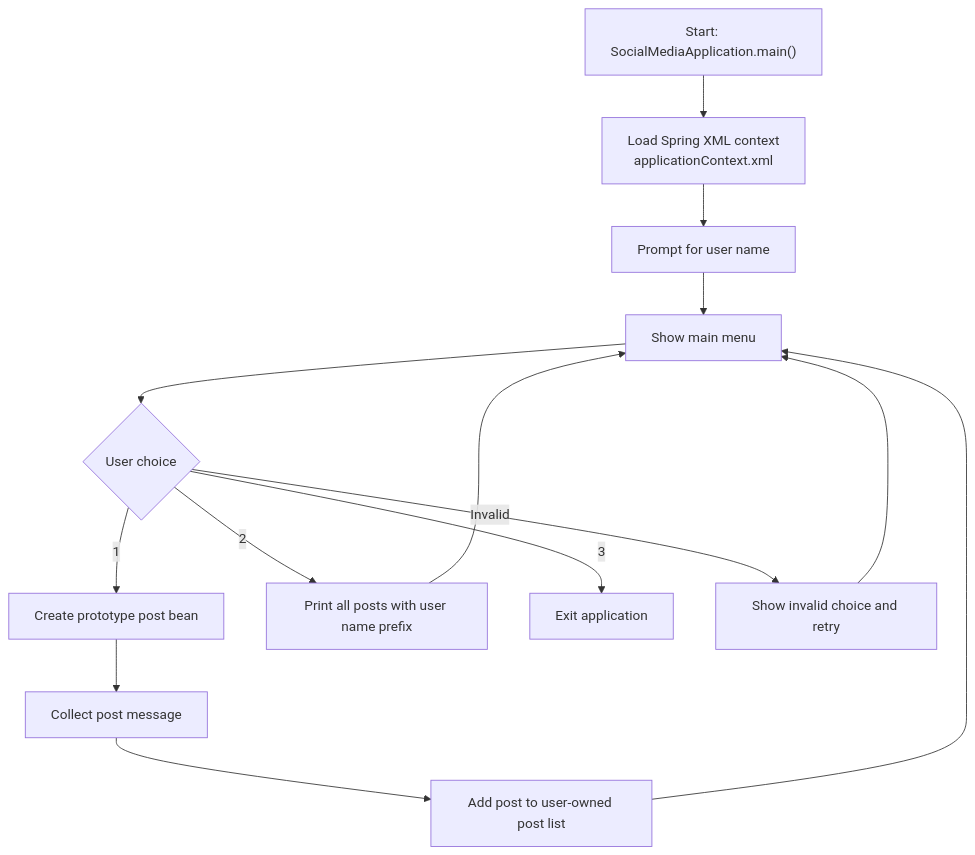
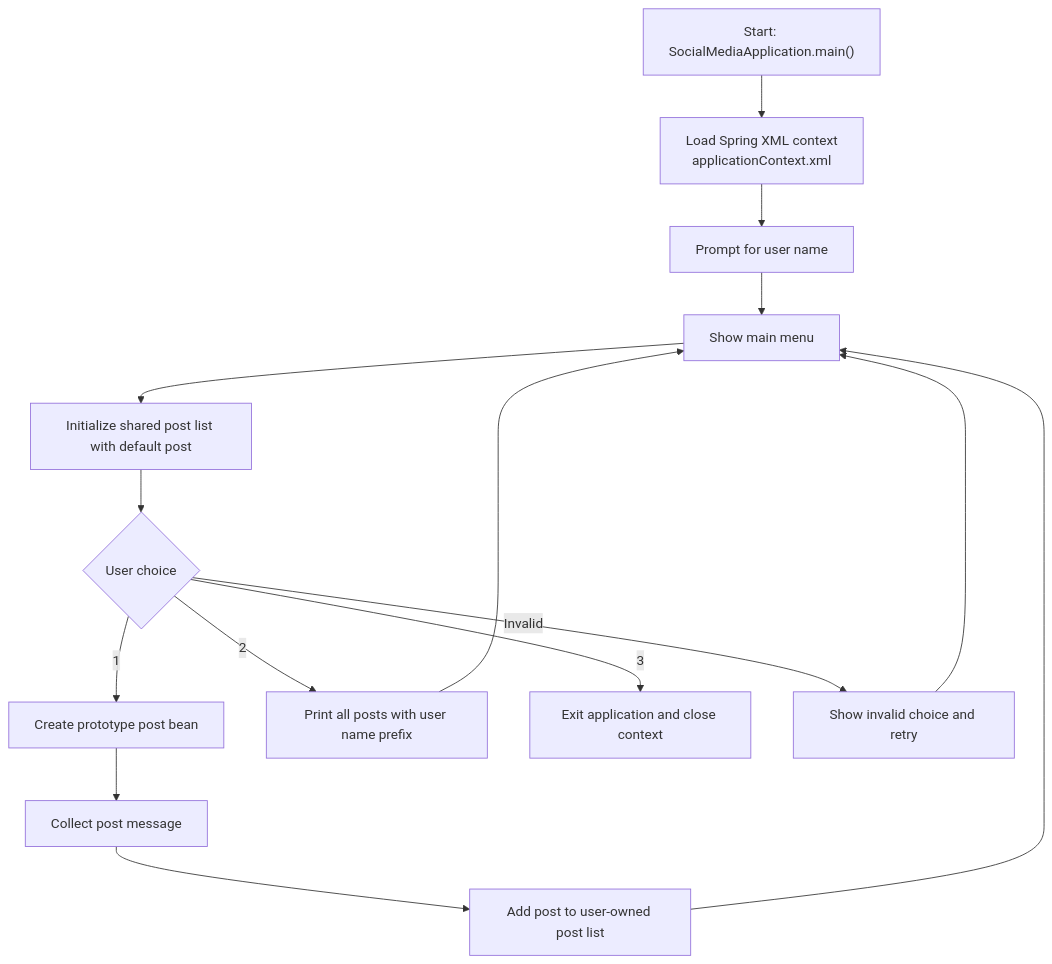
Before and after one commit to byte2code/social-media-posts: the diagram in README.md, drawn with Mermaid. The commit also changed other lines of this file and 7 other files, not shown here.

````diff
--- a/README.md
+++ b/README.md
@@ -39,16 +41,17 @@
 ```mermaid
 flowchart TD
     A["Start: SocialMediaApplication.main()"] --> B["Load Spring XML context<br/>applicationContext.xml"]
     B --> C["Prompt for user name"]
     C --> D["Show main menu"]
-    D --> E{"User choice"}
-    E -->|"1"| F["Create prototype post bean"]
-    F --> G["Collect post message"]
-    G --> H["Add post to user-owned post list"]
-    H --> D
-    E -->|"2"| I["Print all posts with user name prefix"]
+    D --> E["Initialize shared post list with default post"]
+    E --> F{"User choice"}
+    F -->|"1"| G["Create prototype post bean"]
+    G --> H["Collect post message"]
+    H --> I["Add post to user-owned post list"]
     I --> D
-    E -->|"3"| J["Exit application"]
-    E -->|"Invalid"| K["Show invalid choice and retry"]
-    K --> D
+    F -->|"2"| J["Print all posts with user name prefix"]
+    J --> D
+    F -->|"3"| K["Exit application and close context"]
+    F -->|"Invalid"| L["Show invalid choice and retry"]
+    L --> D
 ```
````
